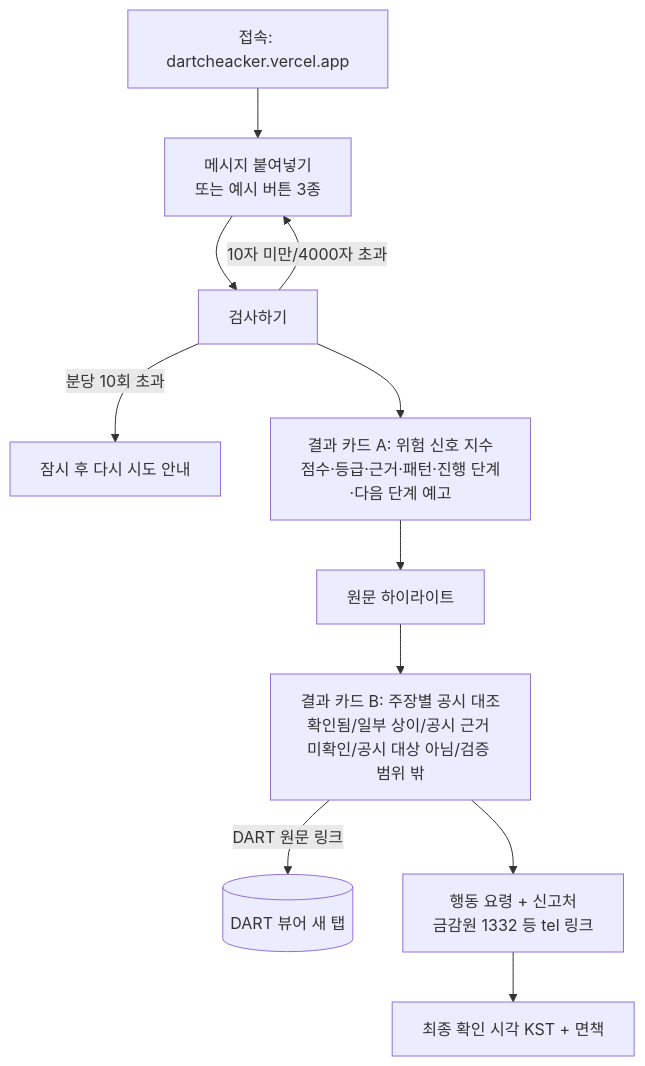
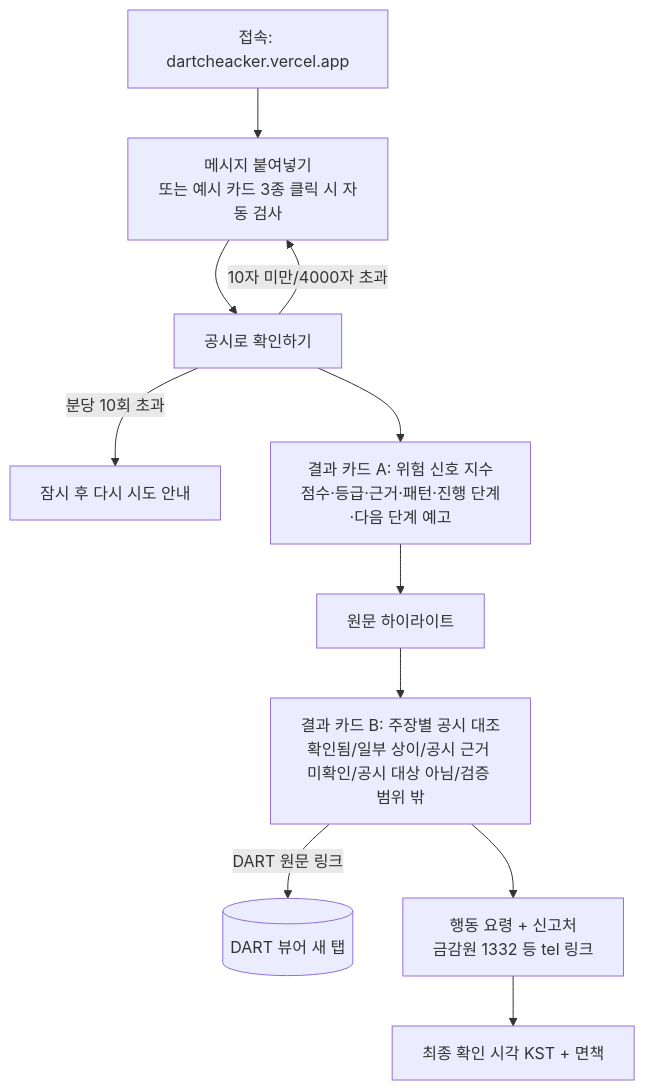
The first of 2 diagrams in docs/user_flow.md (s0ntae0/Dartcheacker), drawn with Mermaid before and after one commit. The commit also changed other lines of this file and 16 other files, not shown here.

````diff
--- a/docs/user_flow.md
+++ b/docs/user_flow.md
@@ -5,13 +5,13 @@
 ```mermaid
 flowchart TD
-  A[접속: dartcheacker.vercel.app] --> B[메시지 붙여넣기<br/>또는 예시 버튼 3종]
-  B --> C[검사하기]
+  A[접속: dartcheacker.vercel.app] --> B[메시지 붙여넣기<br/>또는 예시 카드 3종 클릭 시 자동 검사]
+  B --> C[공시로 확인하기]
   C -->|10자 미만/4000자 초과| B
   C -->|분당 10회 초과| R[잠시 후 다시 시도 안내]
   C --> D[결과 카드 A: 위험 신호 지수<br/>점수·등급·근거·패턴·진행 단계·다음 단계 예고]
   D --> E[원문 하이라이트]
   E --> F[결과 카드 B: 주장별 공시 대조<br/>확인됨/일부 상이/공시 근거 미확인/공시 대상 아님/검증 범위 밖]
   F -->|DART 원문 링크| G[(DART 뷰어 새 탭)]
   F --> H[행동 요령 + 신고처<br/>금감원 1332 등 tel 링크]
   H --> I[최종 확인 시각 KST + 면책]
 ```
````
